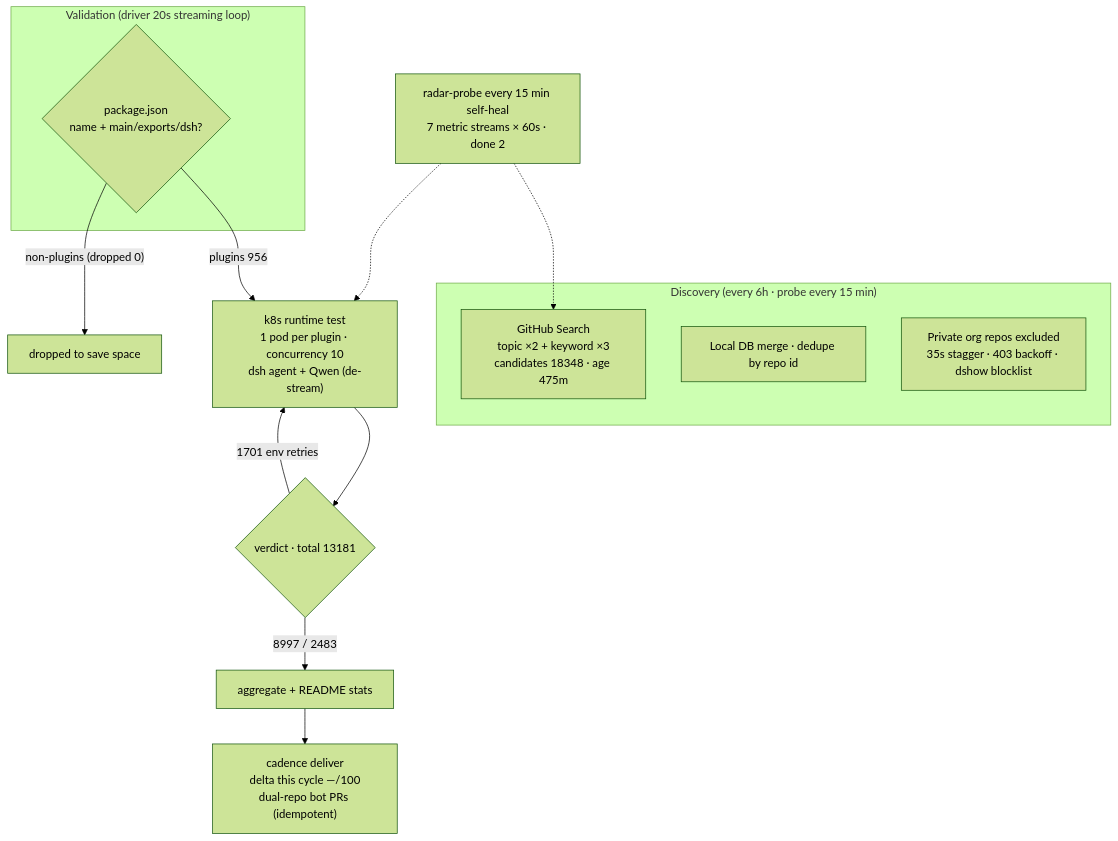
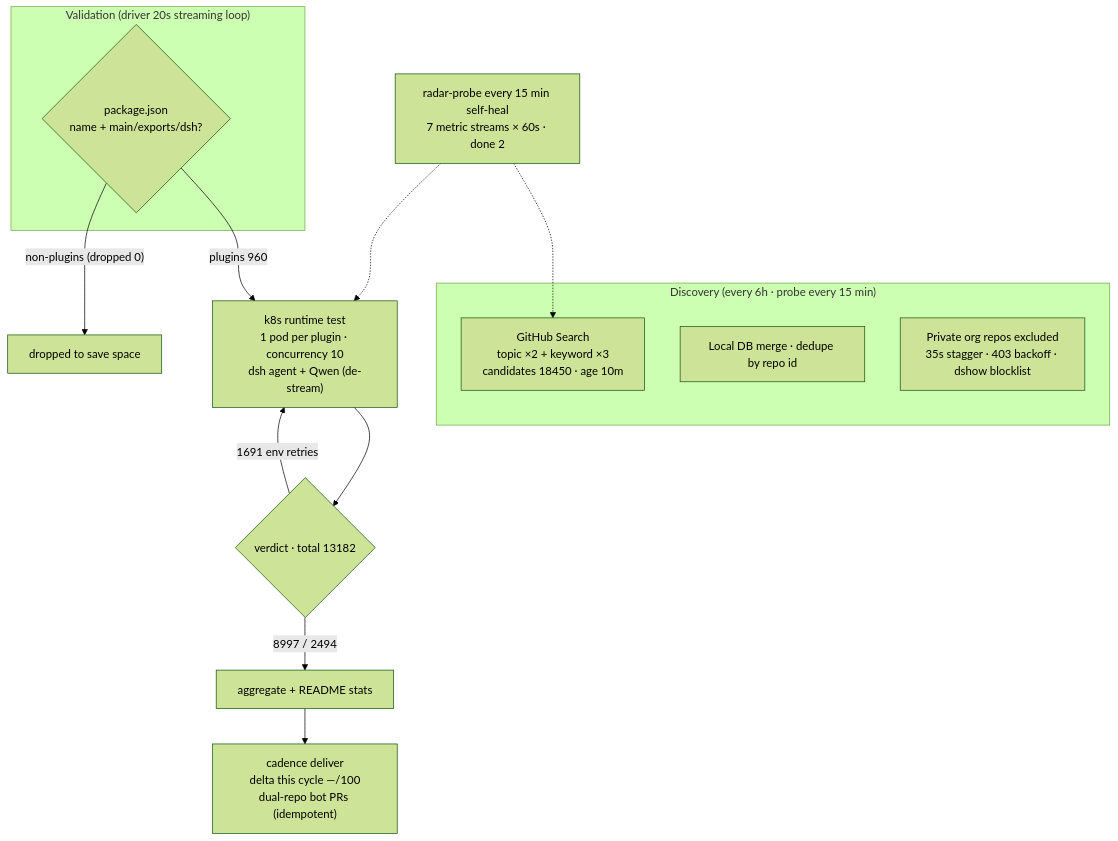
The diagram in README.en-US.md (AdamPlatin123/awesome-dsh-plugins), drawn with Mermaid (forest theme) before and after one commit. The commit also changed other lines of this file and 15 other files, not shown here.

````diff
--- a/README.en-US.md
+++ b/README.en-US.md
@@ -45,20 +45,20 @@
 ```mermaid
 flowchart TB
     subgraph Discovery["Discovery (every 6h · probe every 15 min)"]
-        A1["GitHub Search<br/>topic ×2 + keyword ×3<br/>candidates 18348 · age 475m"]
+        A1["GitHub Search<br/>topic ×2 + keyword ×3<br/>candidates 18450 · age 10m"]
         A2["Local DB merge · dedupe by repo id"]
         A3["Private org repos excluded<br/>35s stagger · 403 backoff · dshow blocklist"]
     end
     subgraph Validation["Validation (driver 20s streaming loop)"]
         B1{"package.json<br/>name + main/exports/dsh?"}
     end
-    B1 -->|"plugins 956"| C1["k8s runtime test<br/>1 pod per plugin · concurrency 10<br/>dsh agent + Qwen (de-stream)"]
+    B1 -->|"plugins 960"| C1["k8s runtime test<br/>1 pod per plugin · concurrency 10<br/>dsh agent + Qwen (de-stream)"]
     B1 -->|"non-plugins (dropped 0)"| B3["dropped to save space"]
-    C1 --> D1{"verdict · total 13181"}
-    D1 -->|"8997 / 2483"| E1["aggregate + README stats"]
-    D1 -->|"1701 env retries"| C1
+    C1 --> D1{"verdict · total 13182"}
+    D1 -->|"8997 / 2494"| E1["aggregate + README stats"]
+    D1 -->|"1691 env retries"| C1
     E1 --> E2["cadence deliver<br/>delta this cycle —/100<br/>dual-repo bot PRs (idempotent)"]
     M["radar-probe every 15 min self-heal<br/>7 metric streams × 60s · done 2"]
     M -.-> A1
     M -.-> C1
 ```
````
